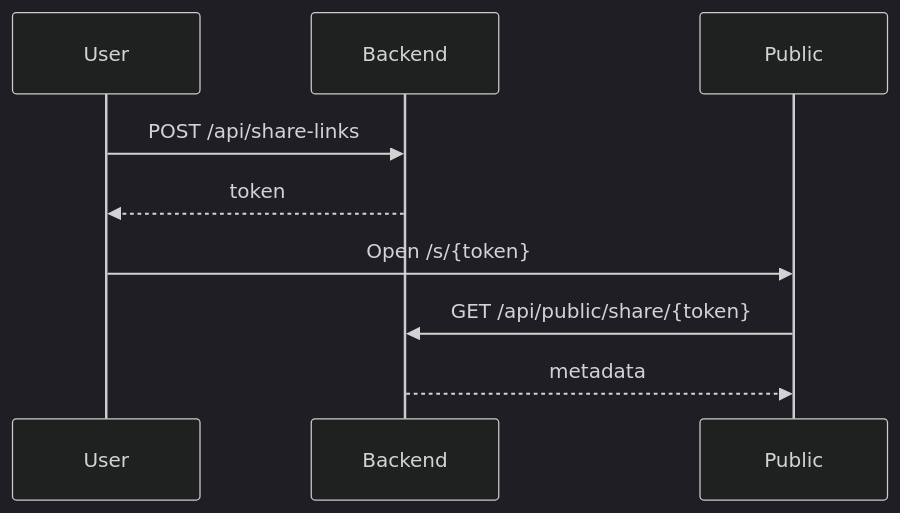
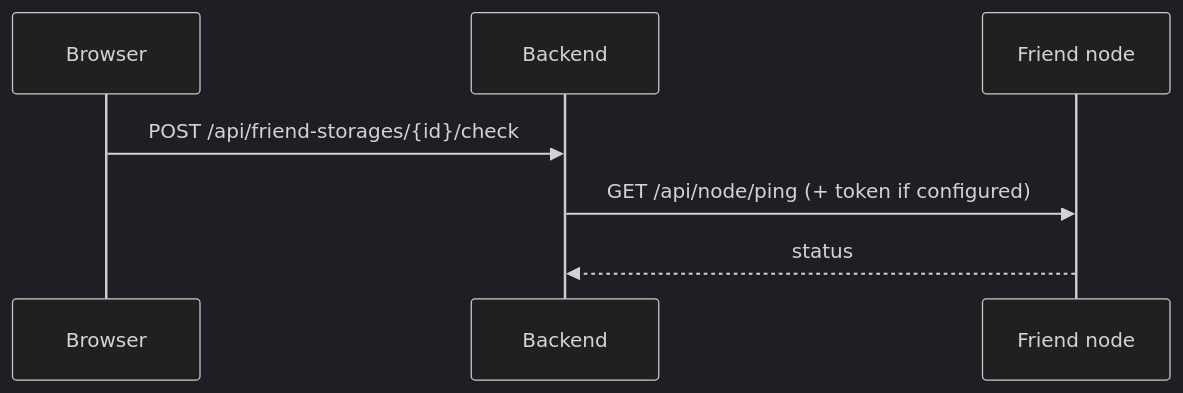
The third of 3 diagrams in docs/diagrams.md (AIIIIIQ/MusicControl), drawn with Mermaid (dark theme) before and after one commit. The commit also changed other lines of this file and 33 other files, not shown here.

````diff
--- a/docs/diagrams.md
+++ b/docs/diagrams.md
@@ -26,10 +21,9 @@
 ```mermaid
 sequenceDiagram
-participant U as User
+participant U as Browser
 participant BE as Backend
-U->>BE: POST /api/share-links
-BE-->>U: token
-U->>Public: Open /s/{token}
-Public->>BE: GET /api/public/share/{token}
-BE-->>Public: metadata
+participant FN as Friend node
+U->>BE: POST /api/friend-storages/{id}/check
+BE->>FN: GET /api/node/ping (+ token if configured)
+FN-->>BE: status
 ```
````
